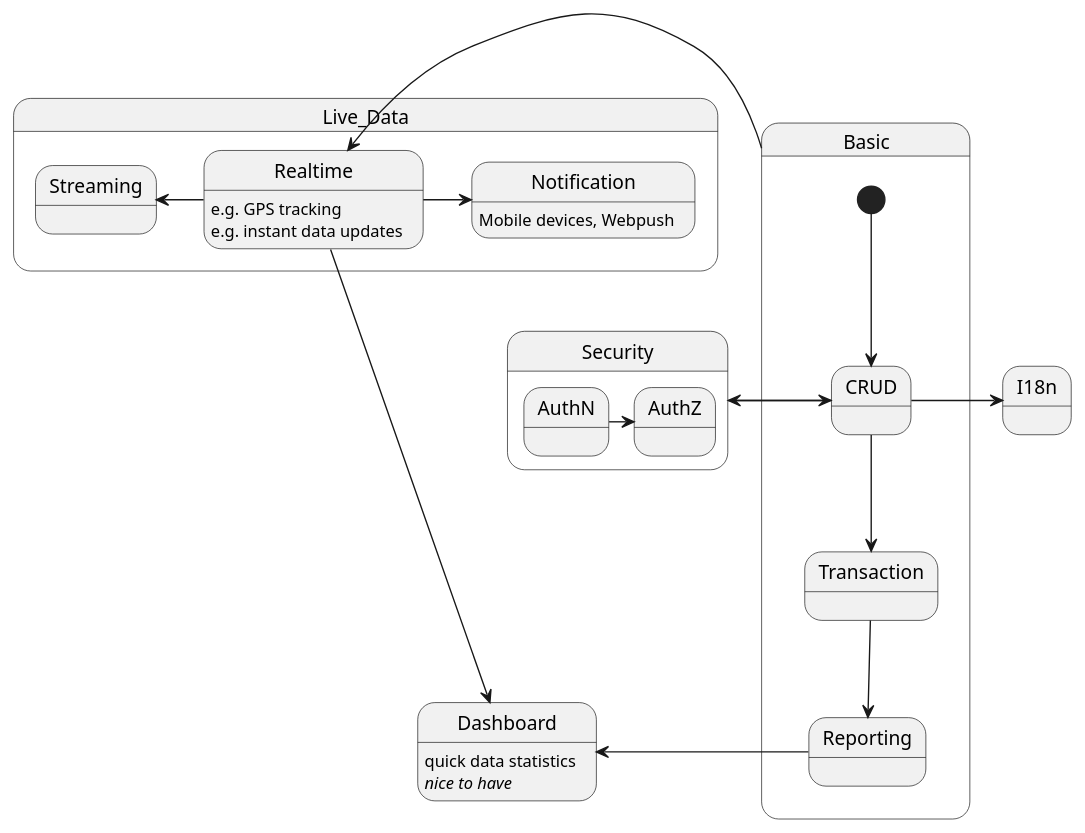
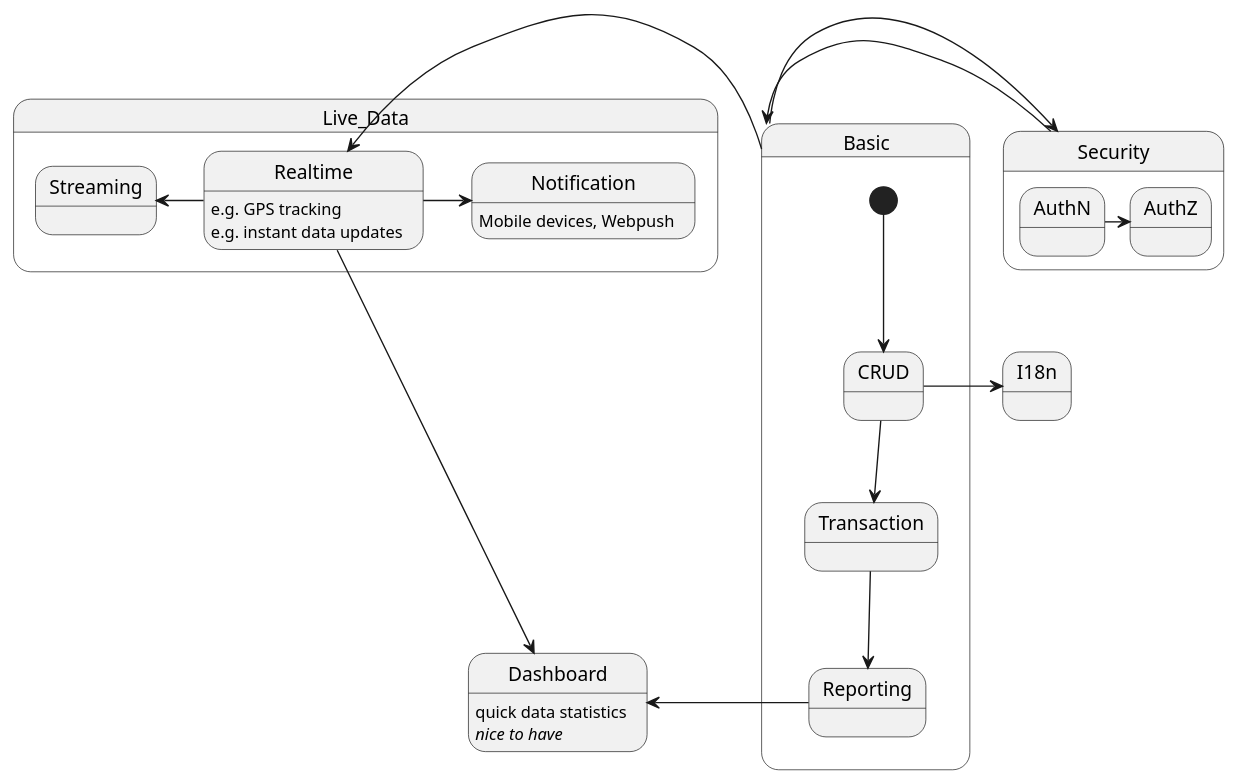
One commit to monkeydj/feon-feeder changed the diagram in common-umls/pathways.wsd. Above: the diagram before and after it, drawn with PlantUML.

Commit message:
(save draft)

```diff
--- a/common-umls/pathways.wsd
+++ b/common-umls/pathways.wsd
@@ -1,40 +1,40 @@
 @startuml
 
 ' hide empty description
 
 state Security {
     AuthN -> AuthZ
 }
 
 state Basic {
     [*] --> CRUD
     CRUD -down-> Transaction
     Transaction -down-> Reporting
 }
 
 state Live_Data {
     Realtime -> Notification
     Realtime -left-> Streaming
 }
 
-Security -> CRUD
-CRUD -> Security
+Security -left> Basic
+Basic -> Security
 
 CRUD -> I18n
 
 Basic -> Realtime
 
 Reporting -> Dashboard
 Realtime -> Dashboard
 
 ' problem descriptions
 
 Realtime : e.g. GPS tracking
 Realtime : e.g. instant data updates
 
 Notification : Mobile devices, Webpush
 
 Dashboard : quick data statistics
 Dashboard : <i>nice to have</i>
 
 @enduml
```
